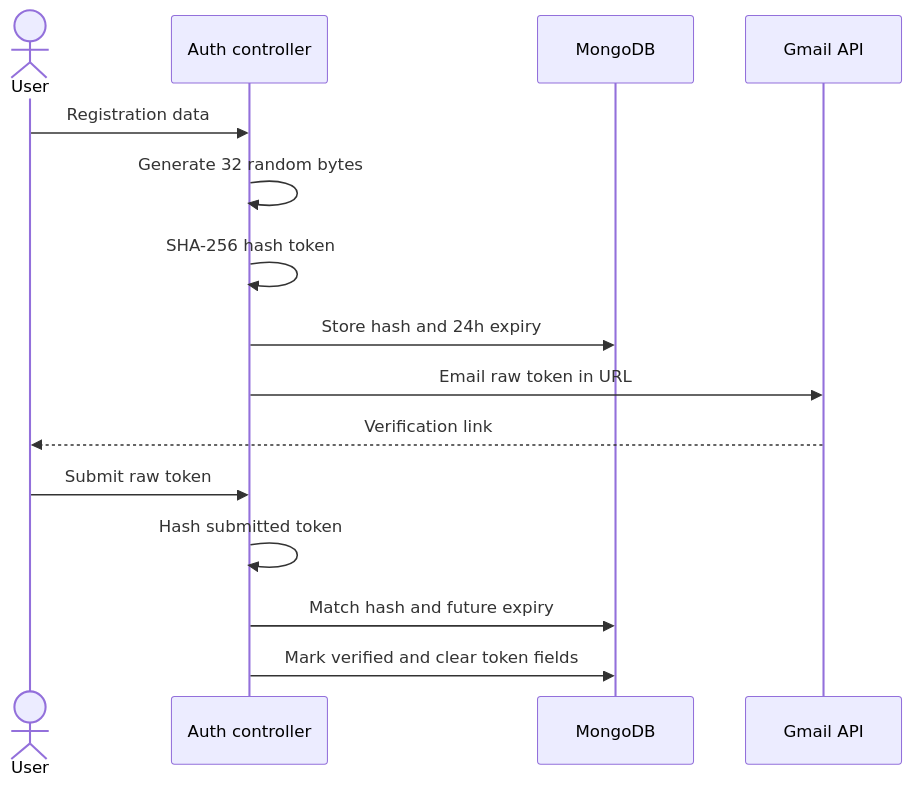
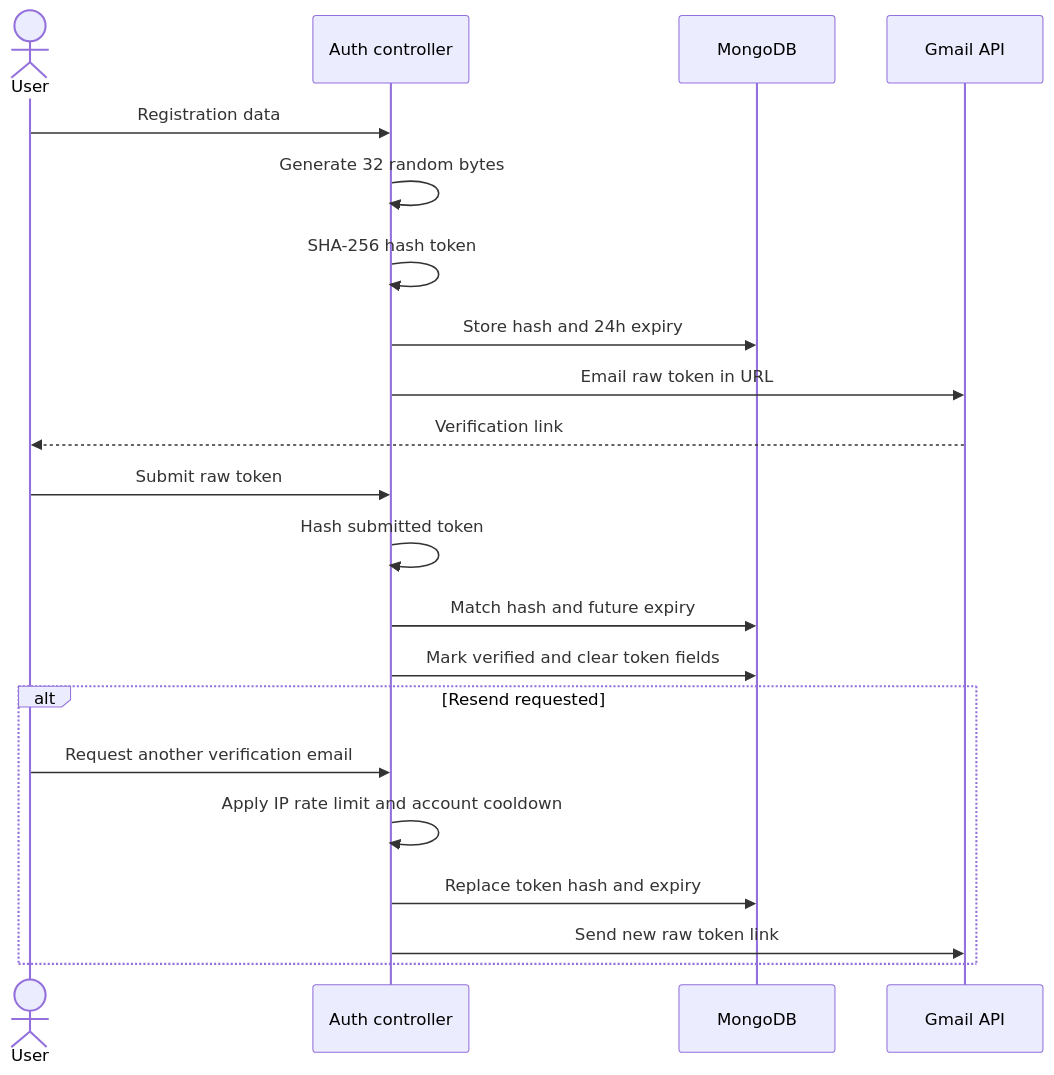
One commit to Saurav11343/click-chat changed the diagram in docs/07-security.md. Above: the diagram before and after it, drawn with Mermaid. The commit also changed 11 other files, not shown here.

Commit message:
update diagrams

````diff
--- a/docs/07-security.md
+++ b/docs/07-security.md
@@ -29,18 +29,24 @@
 ```mermaid
 sequenceDiagram
     actor U as User
     participant API as Auth controller
     participant DB as MongoDB
     participant GM as Gmail API
 
     U->>API: Registration data
     API->>API: Generate 32 random bytes
     API->>API: SHA-256 hash token
     API->>DB: Store hash and 24h expiry
     API->>GM: Email raw token in URL
     GM-->>U: Verification link
     U->>API: Submit raw token
     API->>API: Hash submitted token
     API->>DB: Match hash and future expiry
     API->>DB: Mark verified and clear token fields
+    alt Resend requested
+      U->>API: Request another verification email
+      API->>API: Apply IP rate limit and account cooldown
+      API->>DB: Replace token hash and expiry
+      API->>GM: Send new raw token link
+    end
 ```
````
